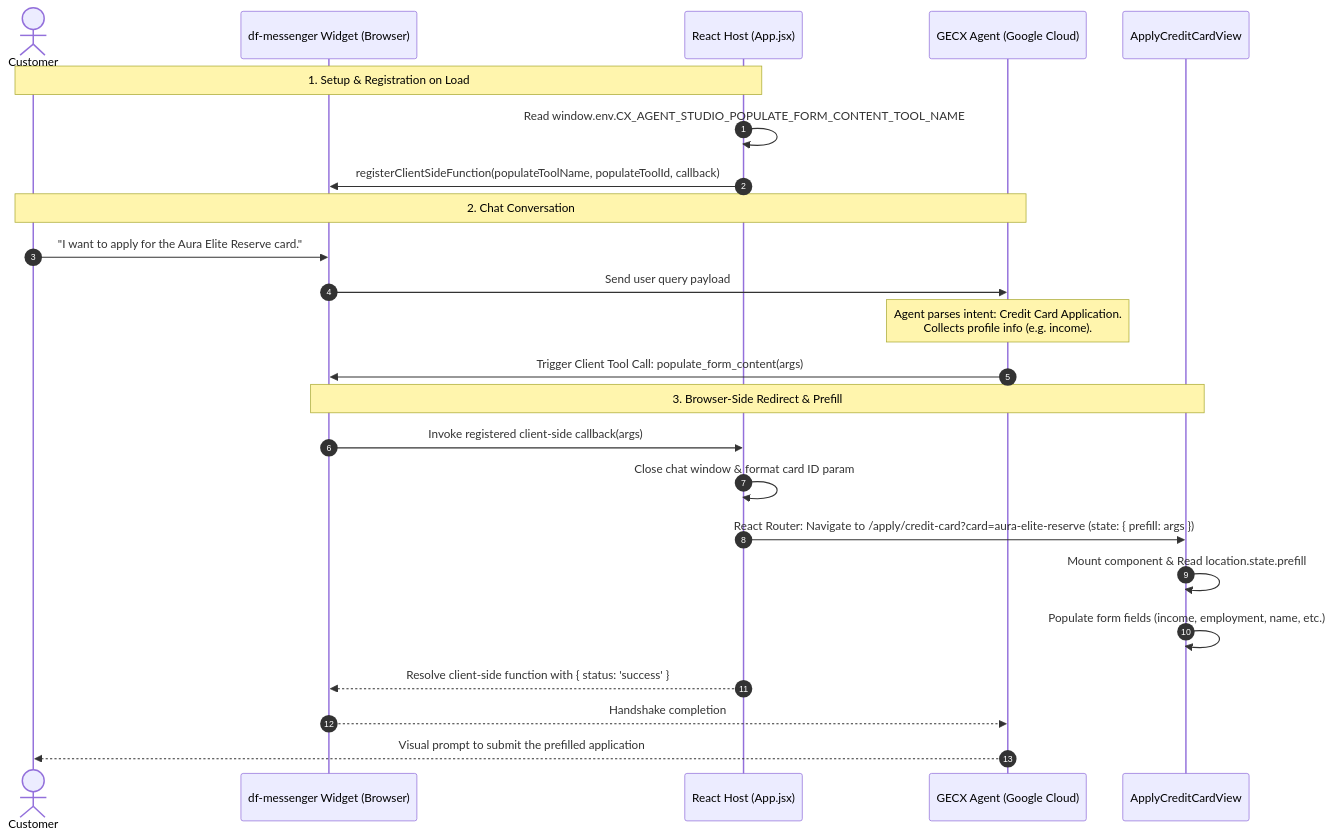
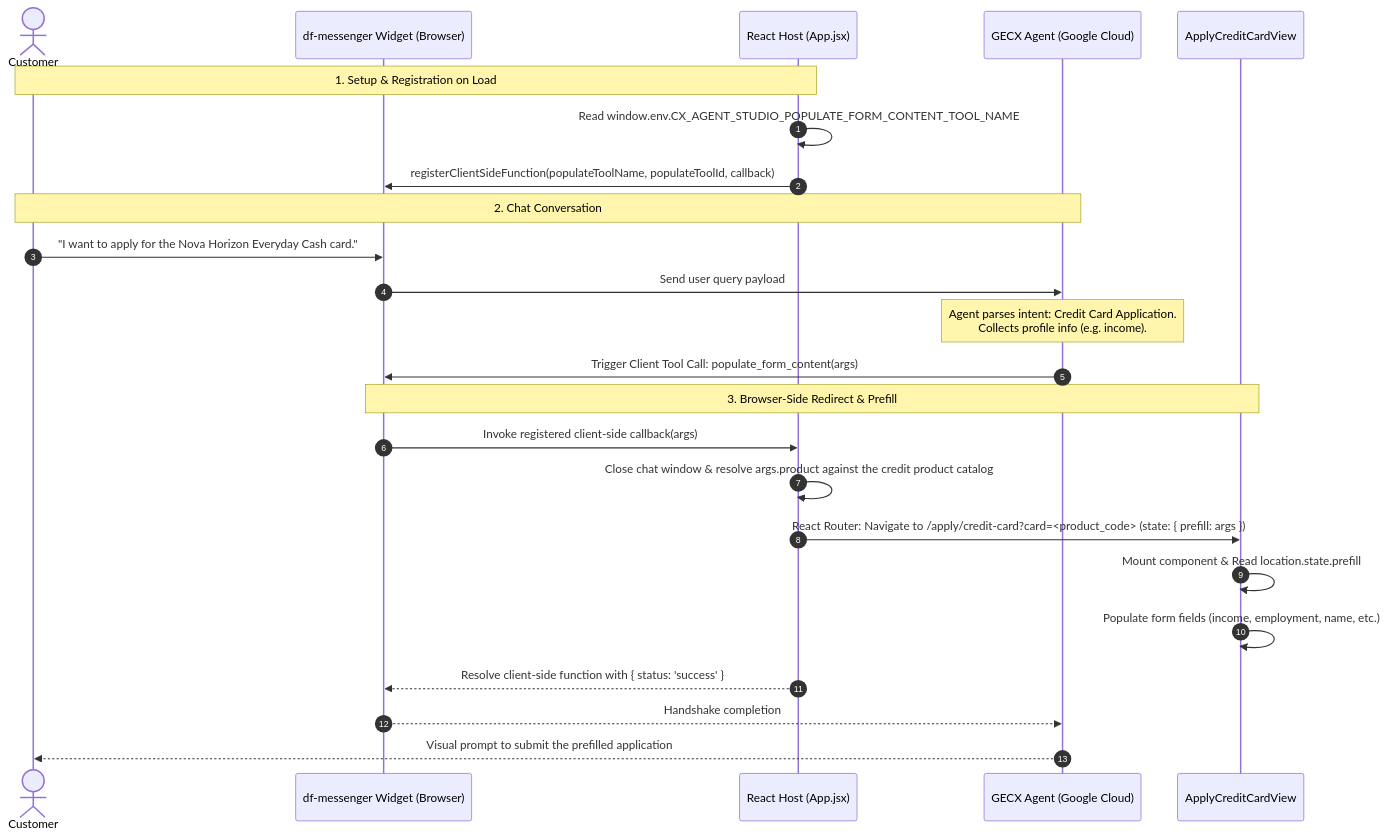
Before and after one commit to GoogleCloudPlatform/fsi-gecx-bundle: the diagram in docs/architecture/domain-workflows/origination/credit_card_prefill_integration.md, drawn with Mermaid. The commit also changed other lines of this file and 2 other files, not shown here.

First line of the commit message:
chore(ces): card product_type follows the credit product catalog

````diff
--- a/docs/architecture/domain-workflows/origination/credit_card_prefill_integration.md
+++ b/docs/architecture/domain-workflows/origination/credit_card_prefill_integration.md
@@ -11,32 +11,32 @@
 ```mermaid
 sequenceDiagram
     autonumber
     actor Customer as Customer
     participant Messenger as df-messenger Widget (Browser)
     participant UI as React Host (App.jsx)
     participant Agent as GECX Agent (Google Cloud)
     participant View as ApplyCreditCardView
 
     %% Phase 1: Startup & Tool Registration
     Note over Customer, UI: 1. Setup & Registration on Load
     UI->>UI: Read window.env.CX_AGENT_STUDIO_POPULATE_FORM_CONTENT_TOOL_NAME
     UI->>Messenger: registerClientSideFunction(populateToolName, populateToolId, callback)
 
     %% Phase 2: Dialogue & Intent
     Note over Customer, Agent: 2. Chat Conversation
-    Customer->>Messenger: "I want to apply for the Aura Elite Reserve card."
+    Customer->>Messenger: "I want to apply for the Nova Horizon Everyday Cash card."
     Messenger->>Agent: Send user query payload
     Note over Agent: Agent parses intent: Credit Card Application.<br/>Collects profile info (e.g. income).
     Agent->>Messenger: Trigger Client Tool Call: populate_form_content(args)
 
     %% Phase 3: Client Action & Redirect
     Note over Messenger, View: 3. Browser-Side Redirect & Prefill
     Messenger->>UI: Invoke registered client-side callback(args)
-    UI->>UI: Close chat window & format card ID param
-    UI->>View: React Router: Navigate to /apply/credit-card?card=aura-elite-reserve (state: { prefill: args })
+    UI->>UI: Close chat window & resolve args.product against the credit product catalog
+    UI->>View: React Router: Navigate to /apply/credit-card?card=<product_code> (state: { prefill: args })
     View->>View: Mount component & Read location.state.prefill
     View->>View: Populate form fields (income, employment, name, etc.)
     UI-->>Messenger: Resolve client-side function with { status: 'success' }
     Messenger-->>Agent: Handshake completion
     Agent-->>Customer: Visual prompt to submit the prefilled application
 ```
````
